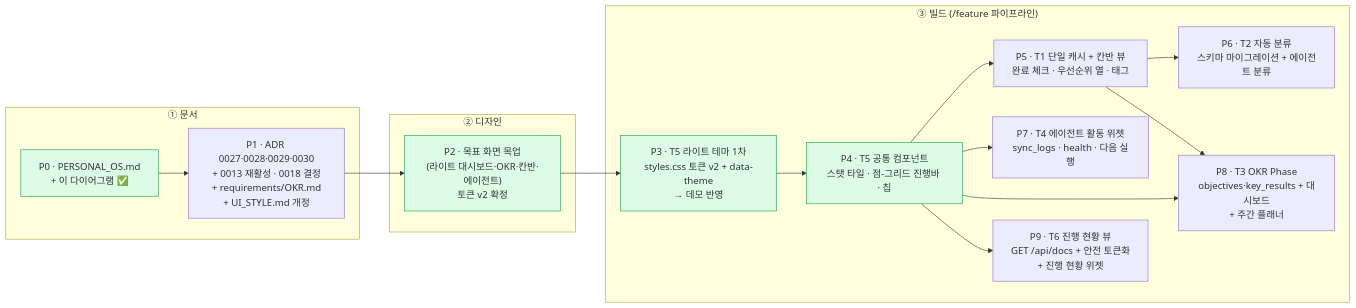
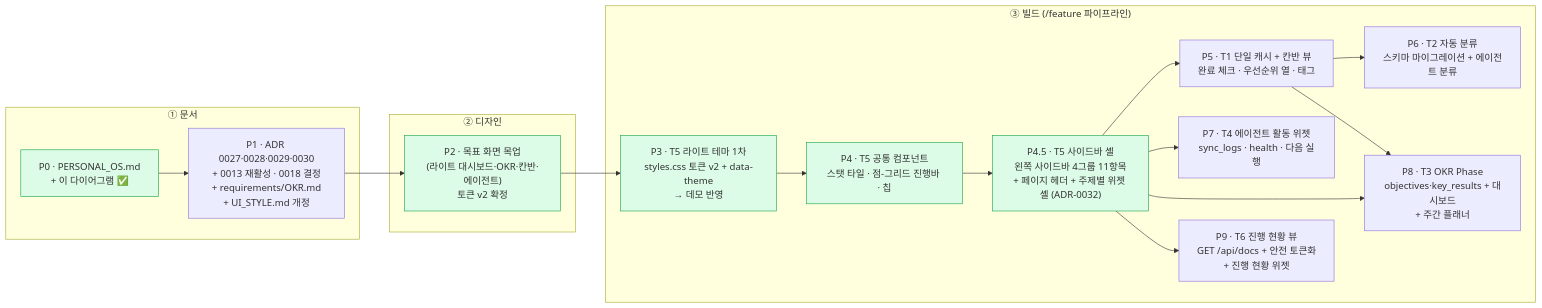
The diagram in docs/progress/PROGRESS.md (gamercross/my-setup-proj), drawn with Mermaid before and after one commit. The commit also changed other lines of this file and 33 other files, not shown here.

First line of the commit message:
feat: P4.5 — 사이드바 셸 (UI_STYLE v2 / ADR-0032)

````diff
--- a/docs/progress/PROGRESS.md
+++ b/docs/progress/PROGRESS.md
@@ -304,31 +304,33 @@
 ```mermaid
 flowchart LR
   subgraph DOC["① 문서"]
     P0["P0 · PERSONAL_OS.md<br/>+ 이 다이어그램 ✅"]
     P1["P1 · ADR 0027·0028·0029·0030<br/>+ 0013 재활성 · 0018 결정<br/>+ requirements/OKR.md<br/>+ UI_STYLE.md 개정"]
   end
   subgraph DES["② 디자인"]
     P2["P2 · 목표 화면 목업<br/>(라이트 대시보드·OKR·칸반·에이전트)<br/>토큰 v2 확정"]
   end
   subgraph BUILD["③ 빌드 (/feature 파이프라인)"]
     P3["P3 · T5 라이트 테마 1차<br/>styles.css 토큰 v2 + data-theme<br/>→ 데모 반영"]
     P4["P4 · T5 공통 컴포넌트<br/>스탯 타일 · 점-그리드 진행바 · 칩"]
+    P45["P4.5 · T5 사이드바 셸<br/>왼쪽 사이드바 4그룹 11항목<br/>+ 페이지 헤더 + 주제별 위젯 셸 (ADR-0032)"]
     P5["P5 · T1 단일 캐시 + 칸반 뷰<br/>완료 체크 · 우선순위 열 · 태그"]
     P6["P6 · T2 자동 분류<br/>스키마 마이그레이션 + 에이전트 분류"]
     P7["P7 · T4 에이전트 활동 위젯<br/>sync_logs · health · 다음 실행"]
     P8["P8 · T3 OKR Phase<br/>objectives·key_results + 대시보드<br/>+ 주간 플래너"]
     P9["P9 · T6 진행 현황 뷰<br/>GET /api/docs + 안전 토큰화<br/>+ 진행 현황 위젯"]
   end
 
-  P0 --> P1 --> P2 --> P3 --> P4
-  P4 --> P5 --> P6
-  P4 --> P7
-  P4 --> P8
-  P4 --> P9
+  P0 --> P1 --> P2 --> P3 --> P4 --> P45
+  P45 --> P5 --> P6
+  P45 --> P7
+  P45 --> P8
+  P45 --> P9
   P5 --> P8
 
   style P0 fill:#dcfce7,stroke:#16a34a
   style P2 fill:#dcfce7,stroke:#16a34a
   style P3 fill:#dcfce7,stroke:#16a34a
   style P4 fill:#dcfce7,stroke:#16a34a
+  style P45 fill:#dcfce7,stroke:#16a34a
 ```
````
